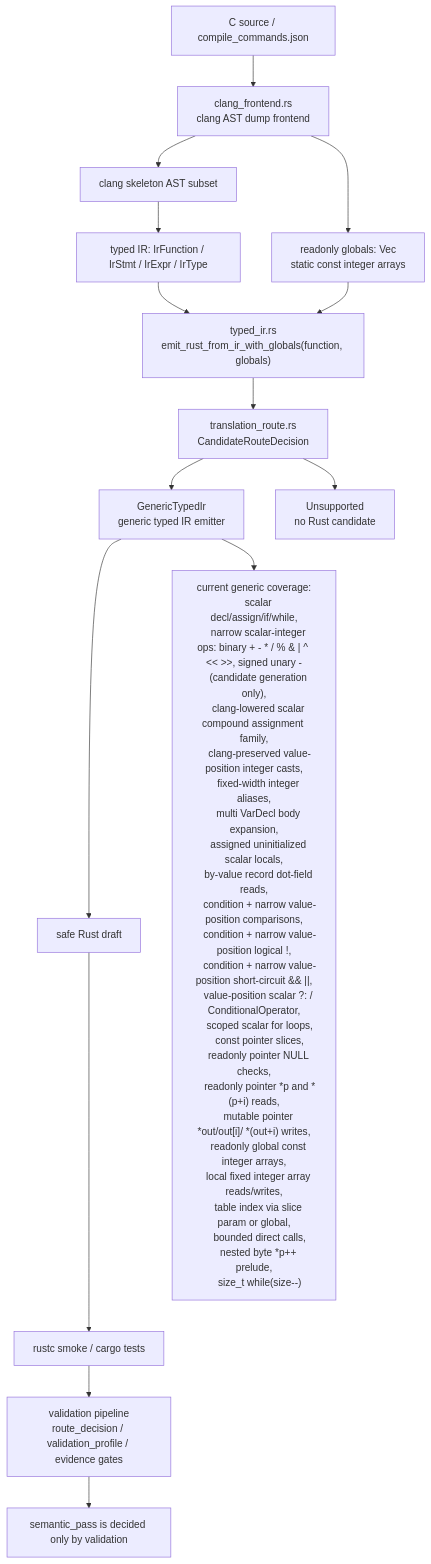
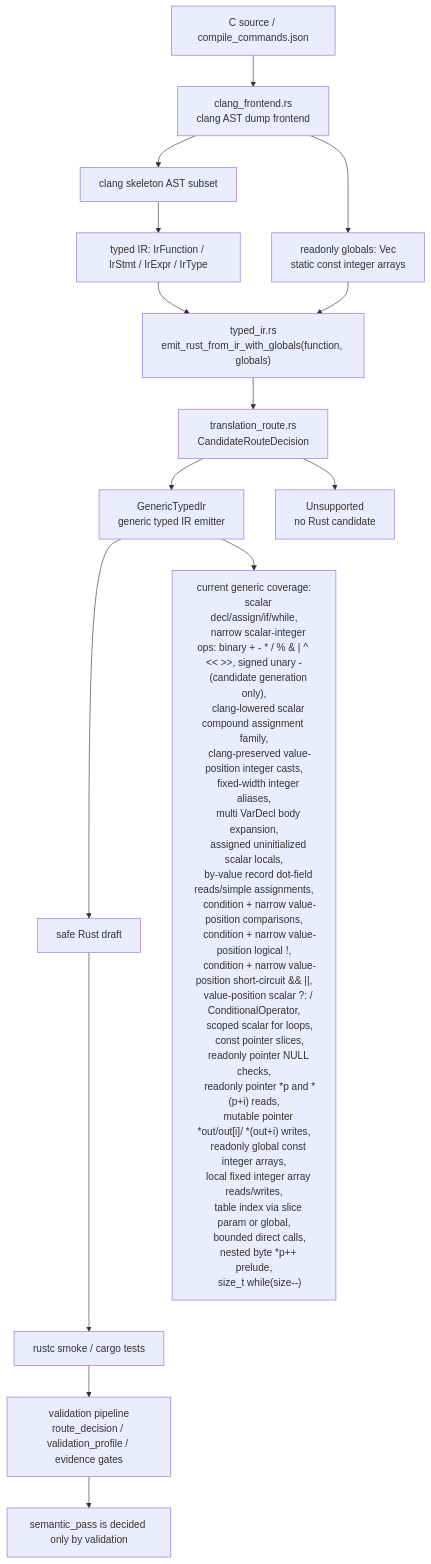
Before and after one commit to guoqihan342-svg/c-to-rust: the diagram in docs/c2rust-migration-agent/core-translation-architecture.en.md, drawn with Mermaid. The commit also changed other lines of this file and 10 other files, not shown here.

Commit message:
feat: emit record field assignments

````diff
--- a/docs/c2rust-migration-agent/core-translation-architecture.en.md
+++ b/docs/c2rust-migration-agent/core-translation-architecture.en.md
@@ -7,42 +7,42 @@
 ```mermaid
 flowchart TD
     C["C source / compile_commands.json"] --> Clang["clang_frontend.rs<br/>clang AST dump frontend"]
     Clang --> Skeleton["clang skeleton AST subset"]
     Skeleton --> IR["typed IR: IrFunction / IrStmt / IrExpr / IrType"]
     Clang --> Globals["readonly globals: Vec<IrGlobal><br/>static const integer arrays"]
     IR --> EmitCtx["typed_ir.rs<br/>emit_rust_from_ir_with_globals(function, globals)"]
     Globals --> EmitCtx
     EmitCtx --> RouteMeta["translation_route.rs<br/>CandidateRouteDecision"]
     RouteMeta --> Generic["GenericTypedIr<br/>generic typed IR emitter"]
     RouteMeta --> Unsupported["Unsupported<br/>no Rust candidate"]
     Generic --> Rust["safe Rust draft"]
     Rust --> Rustc["rustc smoke / cargo tests"]
     Rustc --> Validation["validation pipeline<br/>route_decision / validation_profile / evidence gates"]
 
     Generic --> Supported["current generic coverage:
     scalar decl/assign/if/while,
     narrow scalar-integer ops: binary + - * / % & | ^ << >>, signed unary -
     (candidate generation only),
     clang-lowered scalar compound assignment family,
     clang-preserved value-position integer casts,
     fixed-width integer aliases,
     multi VarDecl body expansion,
     assigned uninitialized scalar locals,
-    by-value record dot-field reads,
+    by-value record dot-field reads/simple assignments,
     condition + narrow value-position comparisons,
     condition + narrow value-position logical !,
     condition + narrow value-position short-circuit && ||,
     value-position scalar ?: / ConditionalOperator,
     scoped scalar for loops,
     const pointer slices,
     readonly pointer NULL checks,
     readonly pointer *p and *(p+i) reads,
     mutable pointer *out/out[i]/ *(out+i) writes,
     readonly global const integer arrays,
     local fixed integer array reads/writes,
     table index via slice param or global,
     bounded direct calls,
     nested byte *p++ prelude,
     size_t while(size--)"]
     Validation --> Semantic["semantic_pass is decided only by validation"]
 ```
````
